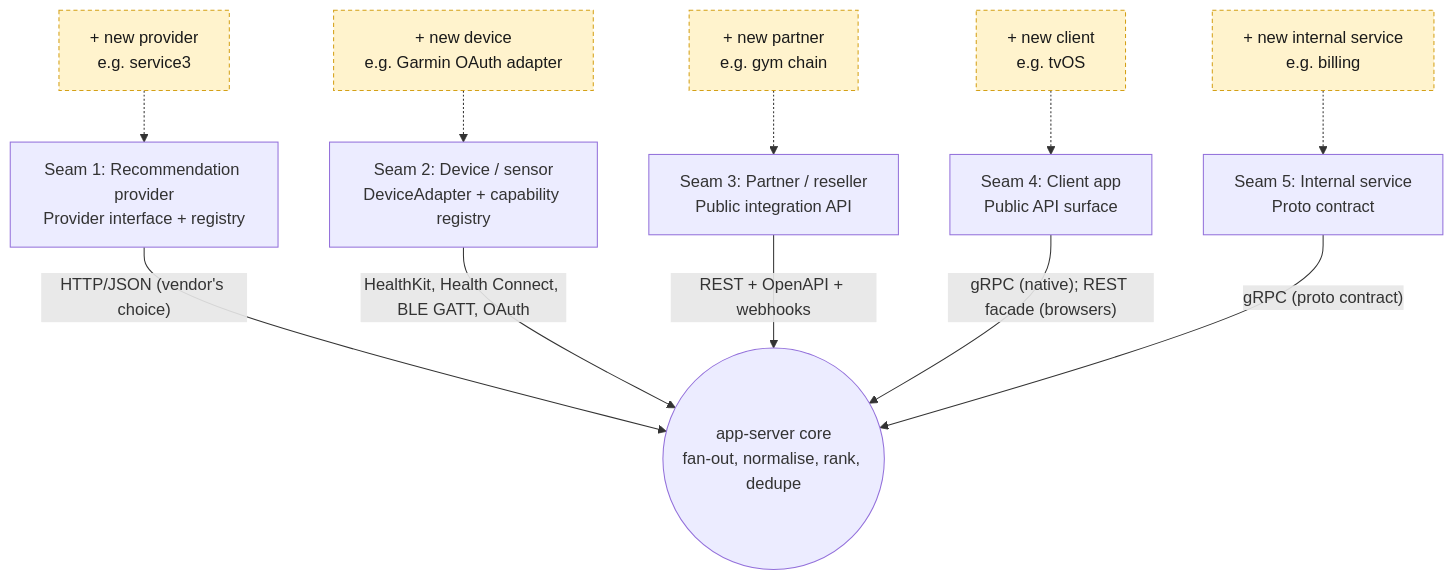
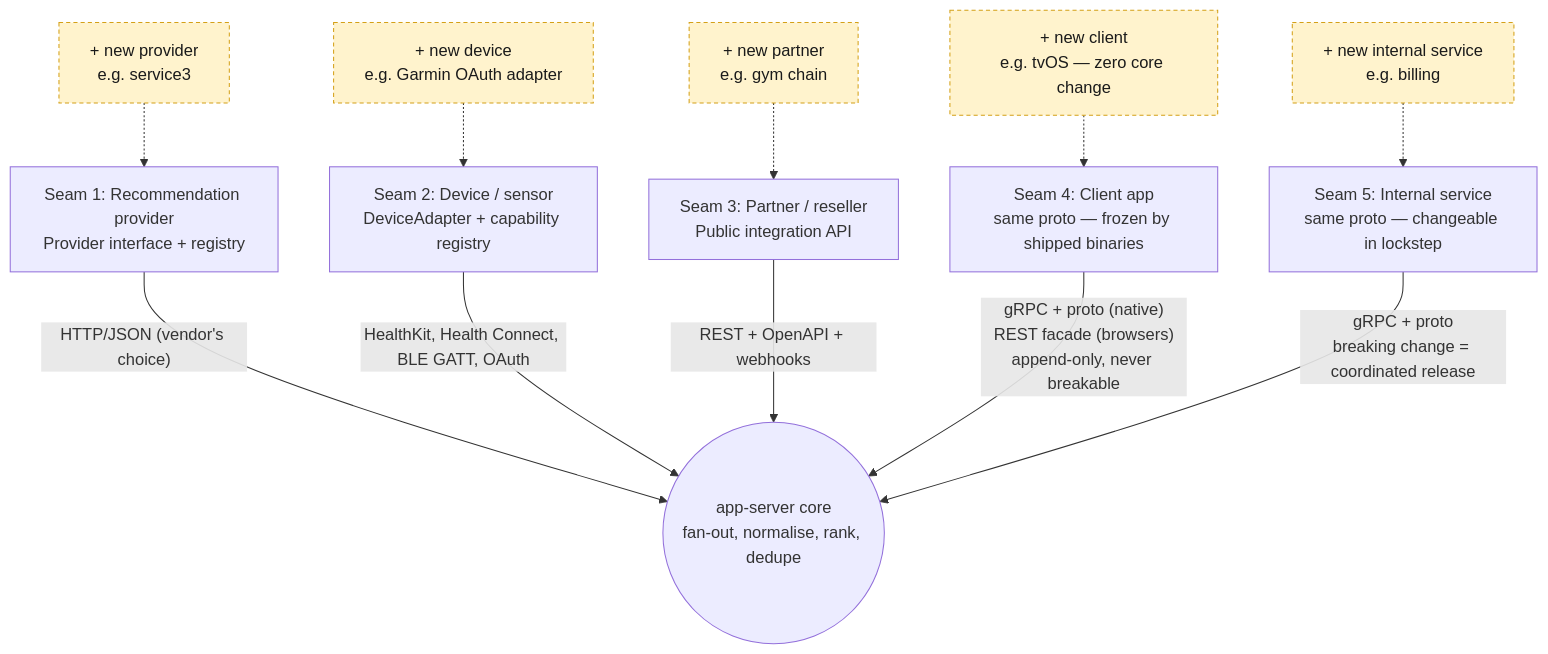
The third of 5 diagrams in docs/architecture-diagrams.md (alexeykomov/asmt-session-2026-08-03), drawn with Mermaid before and after one commit. The commit also changed other lines of this file, not shown here.

First line of the commit message:
docs: say what actually separates the client seam from the internal one

````diff
--- a/docs/architecture-diagrams.md
+++ b/docs/architecture-diagrams.md
@@ -123,30 +123,30 @@
 ```mermaid
 flowchart TD
     Core(("app-server core<br/>fan-out, normalise, rank, dedupe"))
 
     Seam1["Seam 1: Recommendation provider<br/>Provider interface + registry"]
     Seam2["Seam 2: Device / sensor<br/>DeviceAdapter + capability registry"]
     Seam3["Seam 3: Partner / reseller<br/>Public integration API"]
-    Seam4["Seam 4: Client app<br/>Public API surface"]
-    Seam5["Seam 5: Internal service<br/>Proto contract"]
+    Seam4["Seam 4: Client app<br/>same proto — frozen by shipped binaries"]
+    Seam5["Seam 5: Internal service<br/>same proto — changeable in lockstep"]
 
     New1["+ new provider<br/>e.g. service3"]:::new
     New2["+ new device<br/>e.g. Garmin OAuth adapter"]:::new
     New3["+ new partner<br/>e.g. gym chain"]:::new
-    New4["+ new client<br/>e.g. tvOS"]:::new
+    New4["+ new client<br/>e.g. tvOS — zero core change"]:::new
     New5["+ new internal service<br/>e.g. billing"]:::new
 
     Seam1 -- "HTTP/JSON (vendor's choice)" --> Core
     Seam2 -- "HealthKit, Health Connect, BLE GATT, OAuth" --> Core
     Seam3 -- "REST + OpenAPI + webhooks" --> Core
-    Seam4 -- "gRPC (native); REST facade (browsers)" --> Core
-    Seam5 -- "gRPC (proto contract)" --> Core
+    Seam4 -- "gRPC + proto (native)<br/>REST facade (browsers)<br/>append-only, never breakable" --> Core
+    Seam5 -- "gRPC + proto<br/>breaking change = coordinated release" --> Core
 
     New1 -.-> Seam1
     New2 -.-> Seam2
     New3 -.-> Seam3
     New4 -.-> Seam4
     New5 -.-> Seam5
 
     classDef new fill:#fff3cd,stroke:#d4a017,stroke-dasharray: 4 3,color:#1a1a1a;
 ```
````
